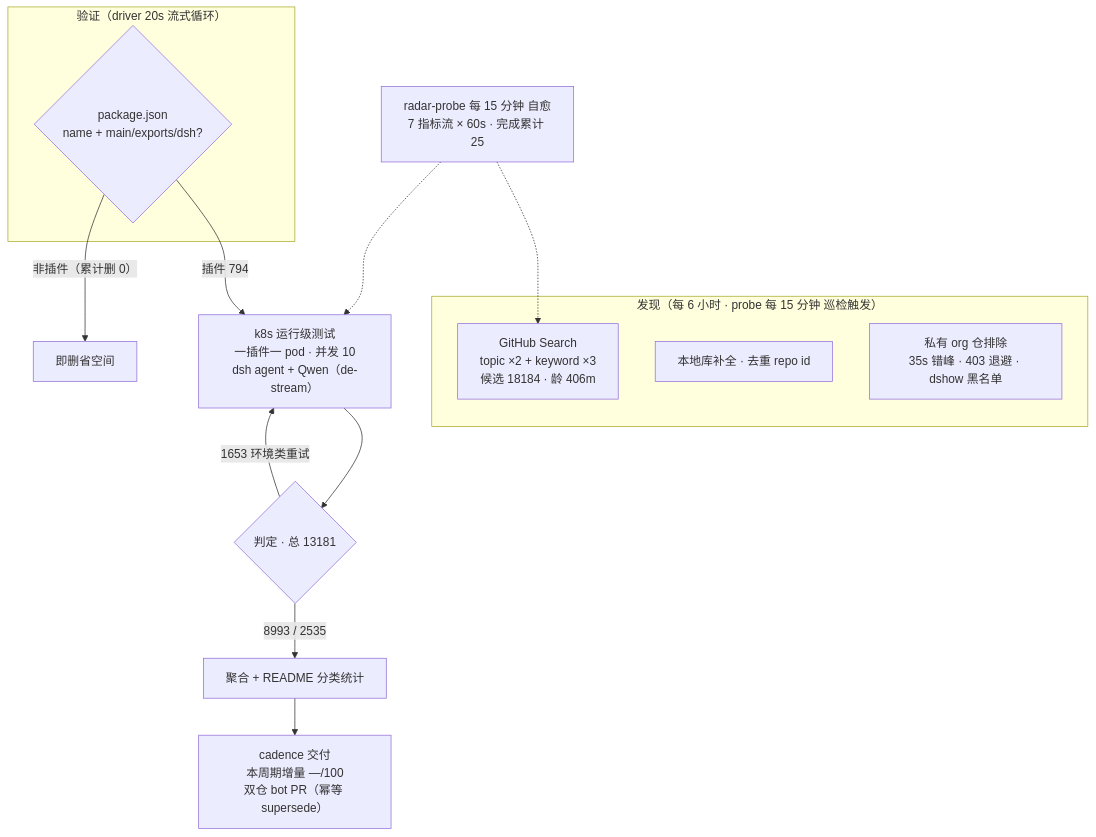
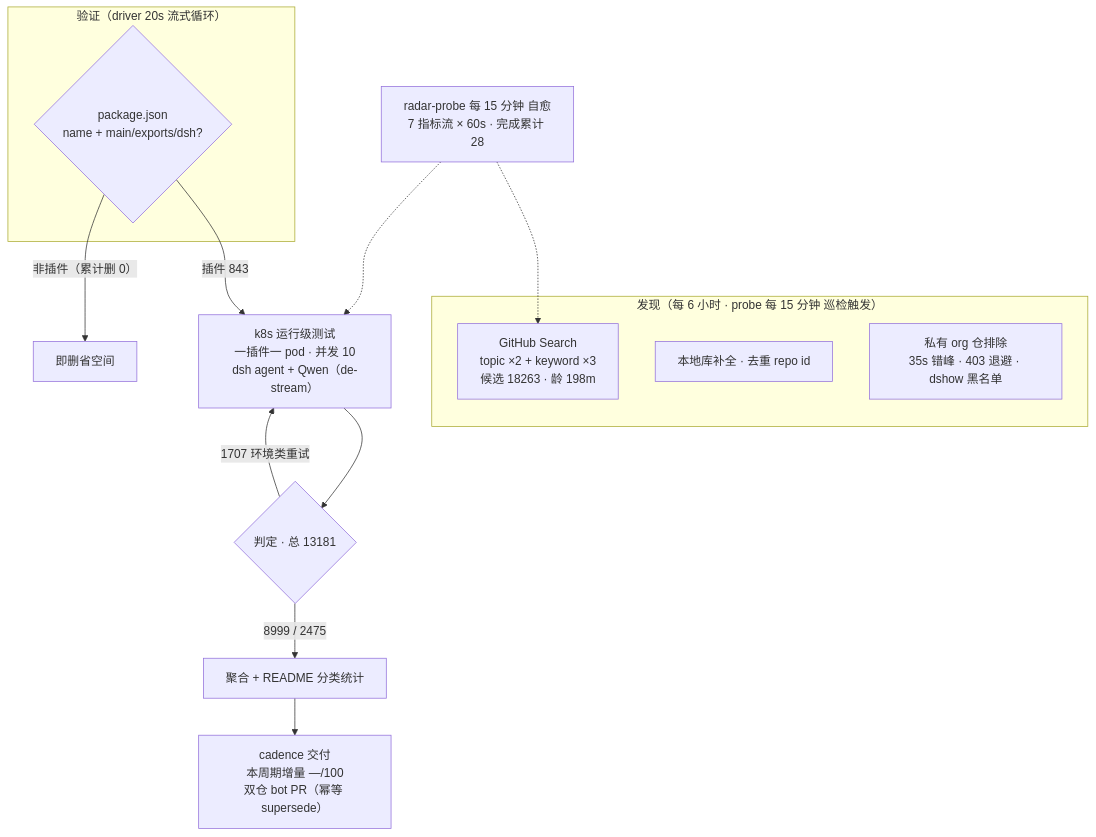
The diagram in README.md (Zhidao-Lab-OSS/awesome-dsh-plugins), drawn with Mermaid before and after one commit. The commit also changed other lines of this file and 1 other file, not shown here.

````diff
--- a/README.md
+++ b/README.md
@@ -52,20 +52,20 @@
 ```mermaid
 flowchart TB
     subgraph Discovery["发现（每 6 小时 · probe 每 15 分钟 巡检触发）"]
-        A1["GitHub Search<br/>topic ×2 + keyword ×3<br/>候选 18184 · 龄 406m"]
+        A1["GitHub Search<br/>topic ×2 + keyword ×3<br/>候选 18263 · 龄 198m"]
         A2["本地库补全 · 去重 repo id"]
         A3["私有 org 仓排除<br/>35s 错峰 · 403 退避 · dshow 黑名单"]
     end
     subgraph Validation["验证（driver 20s 流式循环）"]
         B1{"package.json<br/>name + main/exports/dsh?"}
     end
-    B1 -->|"插件 794"| C1["k8s 运行级测试<br/>一插件一 pod · 并发 10<br/>dsh agent + Qwen（de-stream）"]
+    B1 -->|"插件 843"| C1["k8s 运行级测试<br/>一插件一 pod · 并发 10<br/>dsh agent + Qwen（de-stream）"]
     B1 -->|"非插件（累计删 0）"| B3["即删省空间"]
     C1 --> D1{"判定 · 总 13181"}
-    D1 -->|"8993 / 2535"| E1["聚合 + README 分类统计"]
-    D1 -->|"1653 环境类重试"| C1
+    D1 -->|"8999 / 2475"| E1["聚合 + README 分类统计"]
+    D1 -->|"1707 环境类重试"| C1
     E1 --> E2["cadence 交付<br/>本周期增量 —/100<br/>双仓 bot PR（幂等 supersede）"]
-    M["radar-probe 每 15 分钟 自愈<br/>7 指标流 × 60s · 完成累计 25"]
+    M["radar-probe 每 15 分钟 自愈<br/>7 指标流 × 60s · 完成累计 28"]
     M -.-> A1
     M -.-> C1
 ```
````
